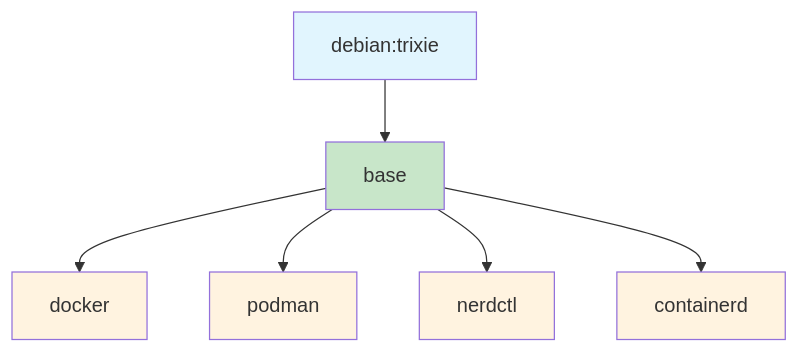
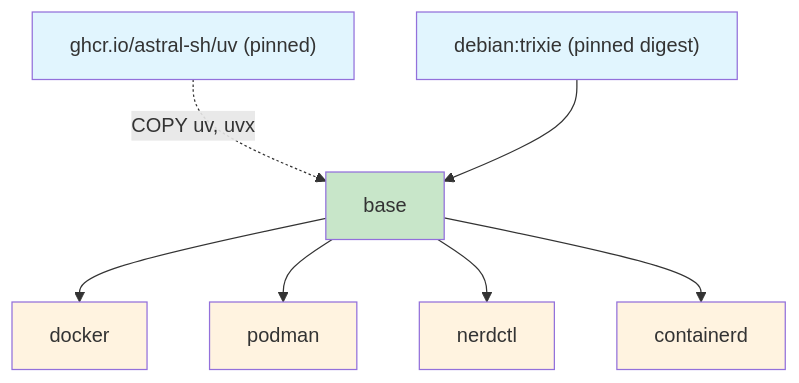
The diagram in README.md (obeone/netshoot), drawn with Mermaid before and after one commit. The commit also changed other lines of this file and 1 other file, not shown here.

````diff
--- a/README.md
+++ b/README.md
@@ -48,15 +48,17 @@
 ```mermaid
 flowchart TB
-    A["debian:trixie"] --> B["base"]
+    U["ghcr.io/astral-sh/uv (pinned)"] -. "COPY uv, uvx" .-> B
+    A["debian:trixie (pinned digest)"] --> B["base"]
     B --> C["docker"]
     B --> D["podman"]
     B --> E["nerdctl"]
     B --> F["containerd"]
 
+    style U fill:#e1f5fe
     style A fill:#e1f5fe
     style B fill:#c8e6c9
     style C fill:#fff3e0
     style D fill:#fff3e0
     style E fill:#fff3e0
     style F fill:#fff3e0
 ```
````
